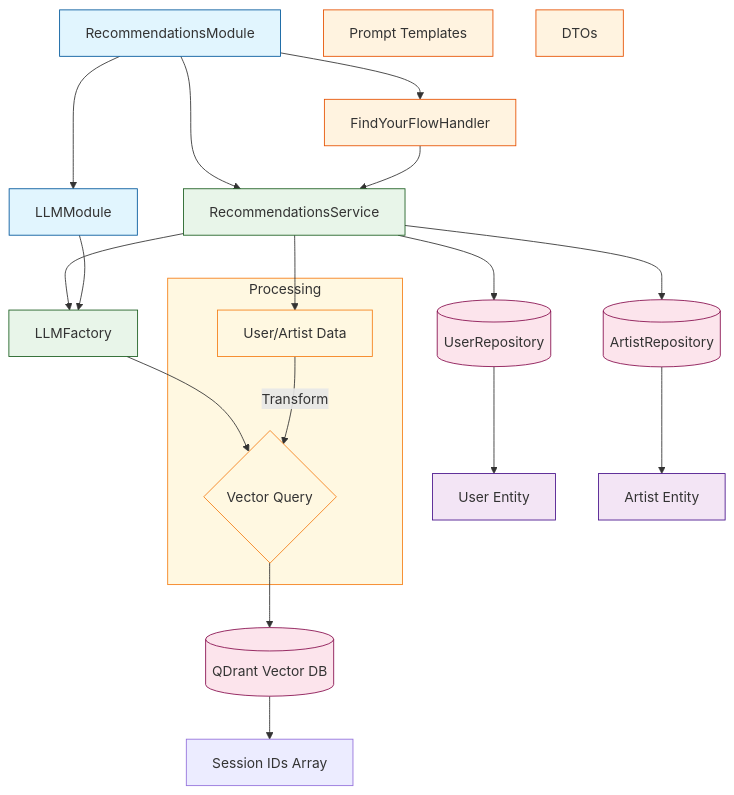
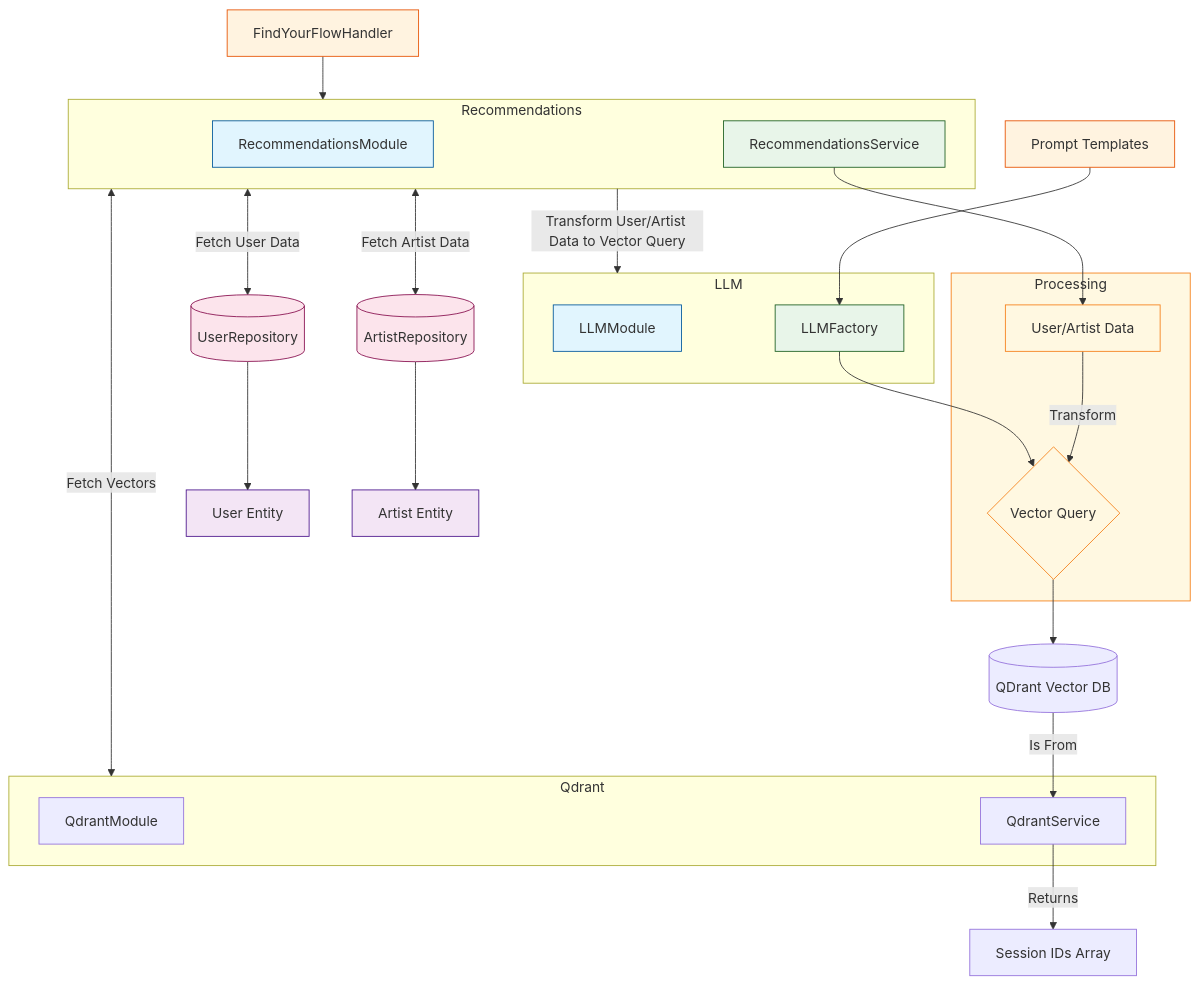
Before and after one commit to c-wenlong/corite-pocs: the diagram in src/data_structure/architecture.md, drawn with Mermaid. The commit also changed 1 other file, not shown here.

Commit message:
Add architectural diagram.

````diff
--- a/src/data_structure/architecture.md
+++ b/src/data_structure/architecture.md
@@ -1,71 +1,79 @@
 ```mermaid
 
 graph TD
     %% Main Module
-    RecModule[RecommendationsModule]
-    RecService[RecommendationsService]
+    subgraph Recommendations
+      RecModule[RecommendationsModule]
+      RecService[RecommendationsService]
+    end
 
-    %% Dependencies
-    LLMModule[LLMModule]
-    LLMFactory[LLMFactory]
-    QDrant[(QDrant Vector DB)]
+    %% Qdrant Module
+    subgraph Qdrant
+      QdModule[QdrantModule]
+      QdService[QdrantService]
+    end
 
-    %% Repositories
+    %% LLM Module
+    subgraph LLM
+      LLMModule[LLMModule]
+      LLMFactory[LLMFactory]
+    end
+
+    %% Databases
     UserRepo[(UserRepository)]
     ArtistRepo[(ArtistRepository)]
+    VectorDB[(QDrant Vector DB)]
 
     %% Handlers and Components
     TickHandler[FindYourFlowHandler]
     Prompts[Prompt Templates]
-    DTOs[DTOs]
 
     %% Entities
     UserEntity[User Entity]
     ArtistEntity[Artist Entity]
 
     %% Module Dependencies
-    RecModule --> RecService
-    RecModule --> LLMModule
-    RecModule --> TickHandler
+    Recommendations --> |Transform User/Artist Data to Vector Query| LLM
+    Recommendations <--> |Fetch Vectors| Qdrant
 
     %% Data Flow
-    RecService --> UserRepo
-    RecService --> ArtistRepo
-    RecService --> LLMFactory
+    Recommendations <--> |Fetch User Data| UserRepo
+    Recommendations <--> |Fetch Artist Data| ArtistRepo
+
+    %% QDrant query
     LLMFactory --> VectorQuery{Vector Query}
-    VectorQuery --> QDrant
-    QDrant --> SessionIDs[Session IDs Array]
+    Prompts --> LLMFactory
+    VectorQuery --> VectorDB
+    VectorDB --> |Is From| QdService
+    QdService --> |Returns| SessionIDs[Session IDs Array]
 
     %% Repository Dependencies
     UserRepo --> UserEntity
     ArtistRepo --> ArtistEntity
 
     %% Handler Dependencies
-    TickHandler --> RecService
-
-    %% LLM Dependencies
-    LLMModule --> LLMFactory
+    TickHandler --> Recommendations
 
     %% Processing Steps
     subgraph Processing
         UserArtistData[User/Artist Data] --> |Transform| VectorQuery
     end
 
     RecService --> UserArtistData
 
     %% Styling
     classDef module fill:#e1f5fe,stroke:#01579b
     classDef service fill:#e8f5e9,stroke:#1b5e20
     classDef repo fill:#fce4ec,stroke:#880e4f
     classDef entity fill:#f3e5f5,stroke:#4a148c
     classDef component fill:#fff3e0,stroke:#e65100
     classDef processing fill:#fff8e1,stroke:#f57f17
 
     class RecModule,LLMModule module
     class RecService,LLMFactory service
     class UserRepo,ArtistRepo,QDrant repo
     class UserEntity,ArtistEntity entity
     class TickHandler,Prompts,DTOs component
     class Processing,UserArtistData,VectorQuery processing
 
 ```
````
